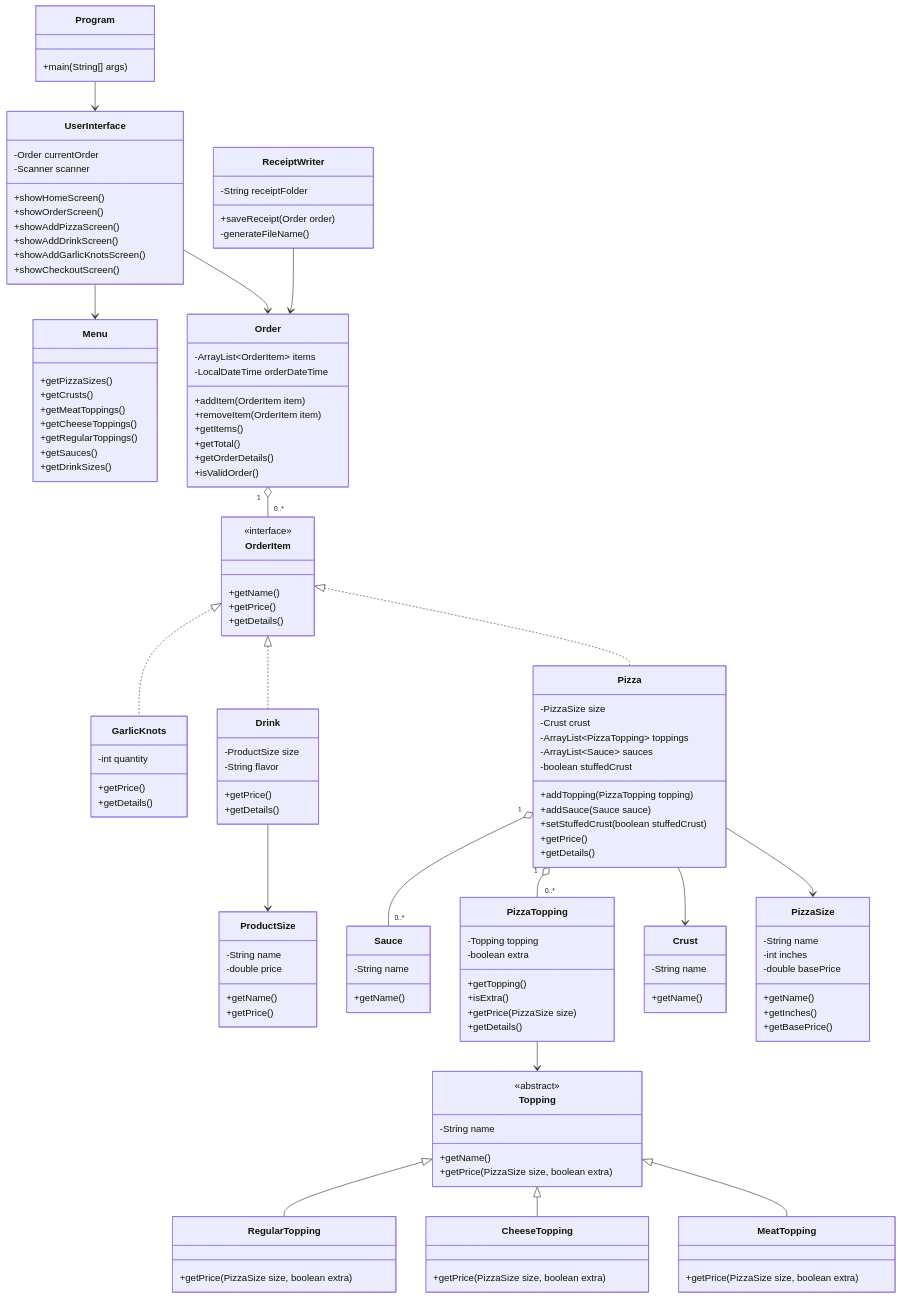
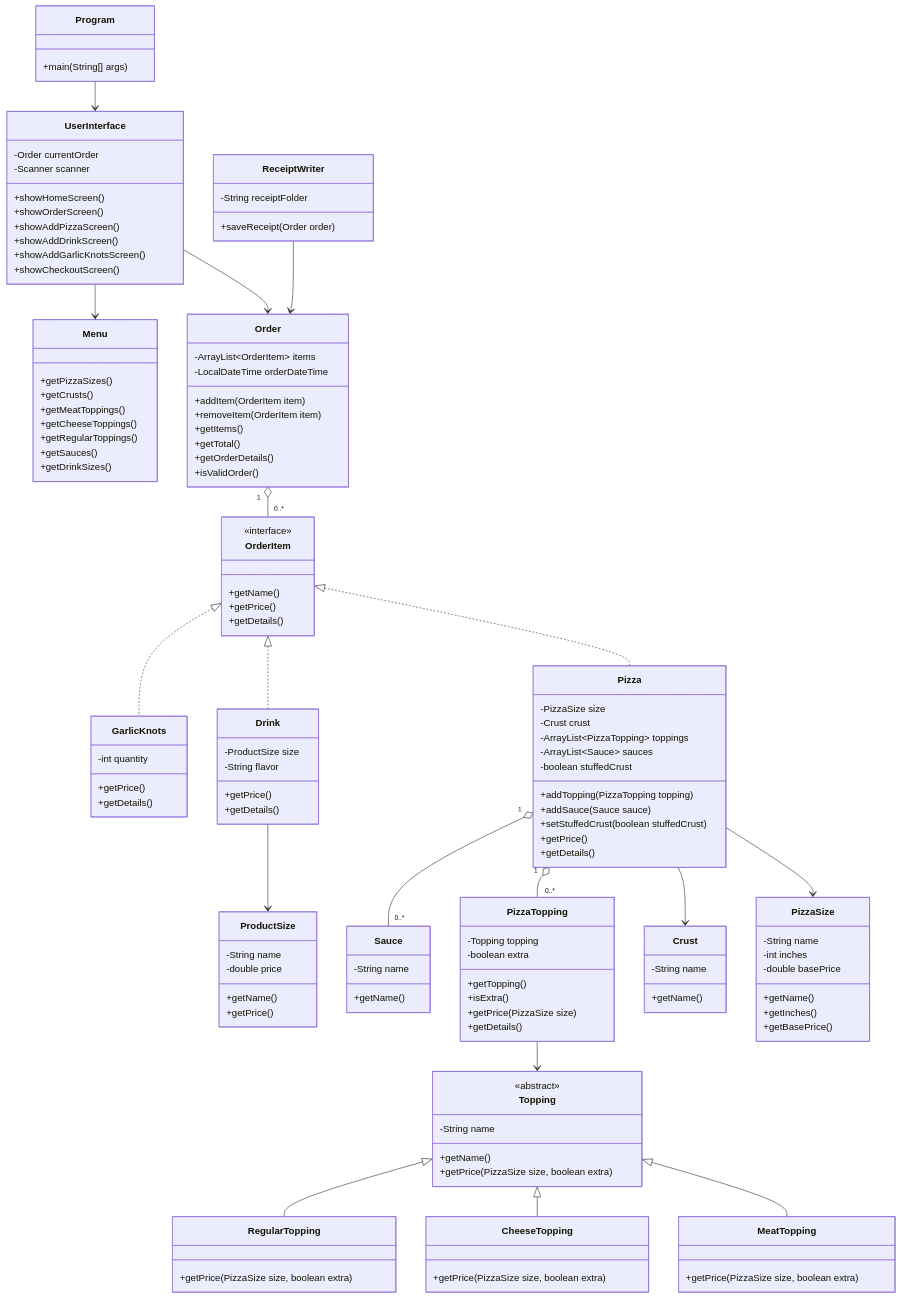
The diagram in Diagrams/Diagram.md (colocky/pizza-world), drawn with Mermaid before and after one commit.

```diff
--- a/Diagrams/Diagram.md
+++ b/Diagrams/Diagram.md
@@ -117,7 +117,6 @@
 class ReceiptWriter {
   -String receiptFolder
   +saveReceipt(Order order)
-  -generateFileName()
 }
 
 class Menu {
```
